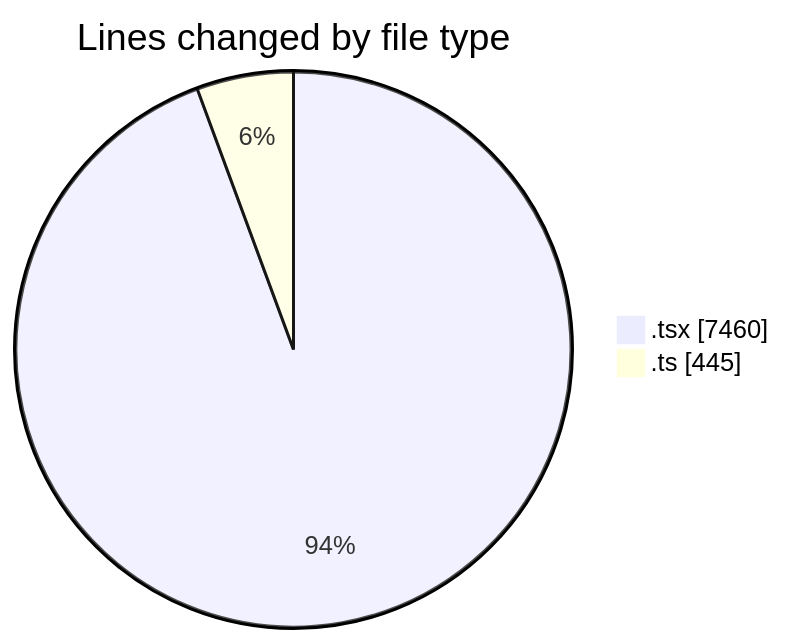
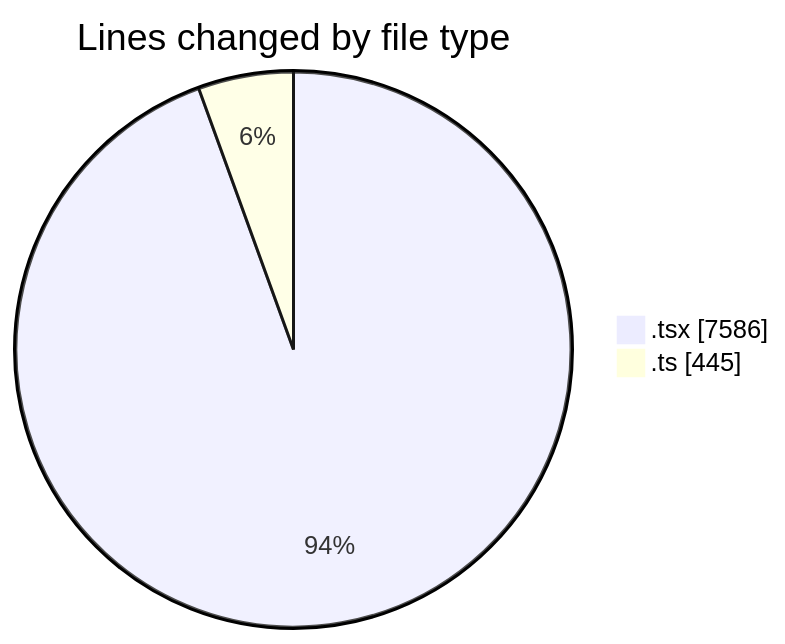
Before and after one commit to momahboobian/code-tracking: the first of 2 diagrams in 2025-09-24/cda/README.md, drawn with Mermaid. The commit also changed other lines of this file and 1 other file, not shown here.

````diff
--- a/2025-09-24/cda/README.md
+++ b/2025-09-24/cda/README.md
@@ -36,6 +37,6 @@
 ```mermaid
 pie showData
 title Lines changed by file type
-".tsx" : 7460
+".tsx" : 7586
 ".ts" : 445
 ```
````
